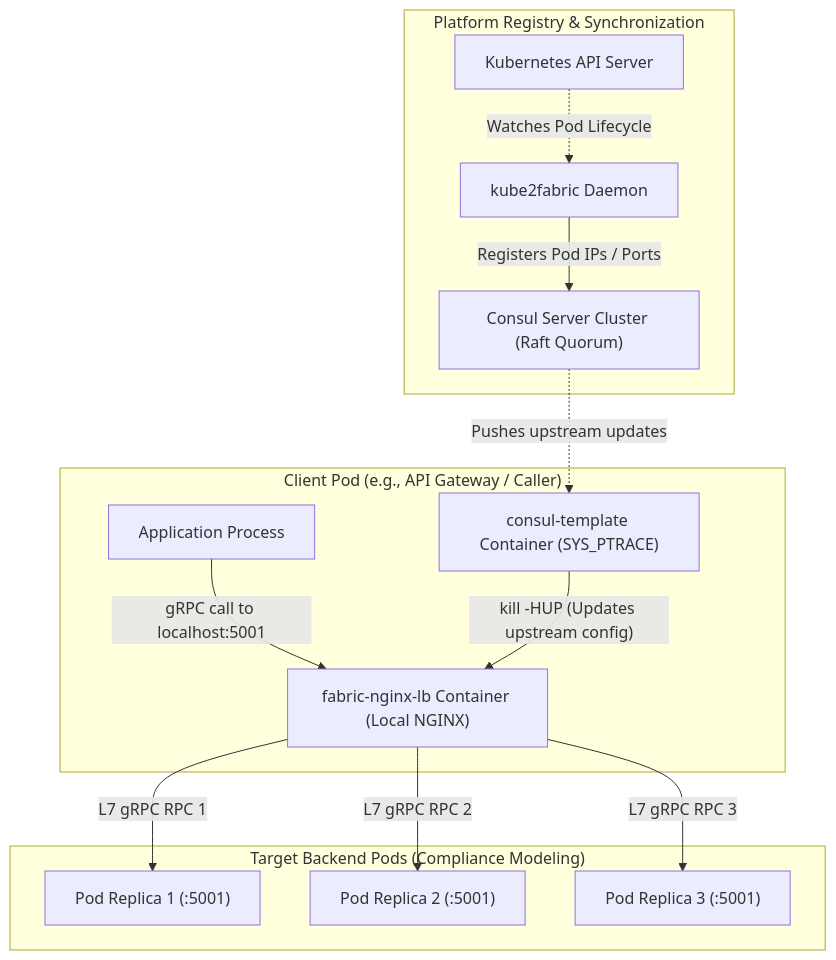
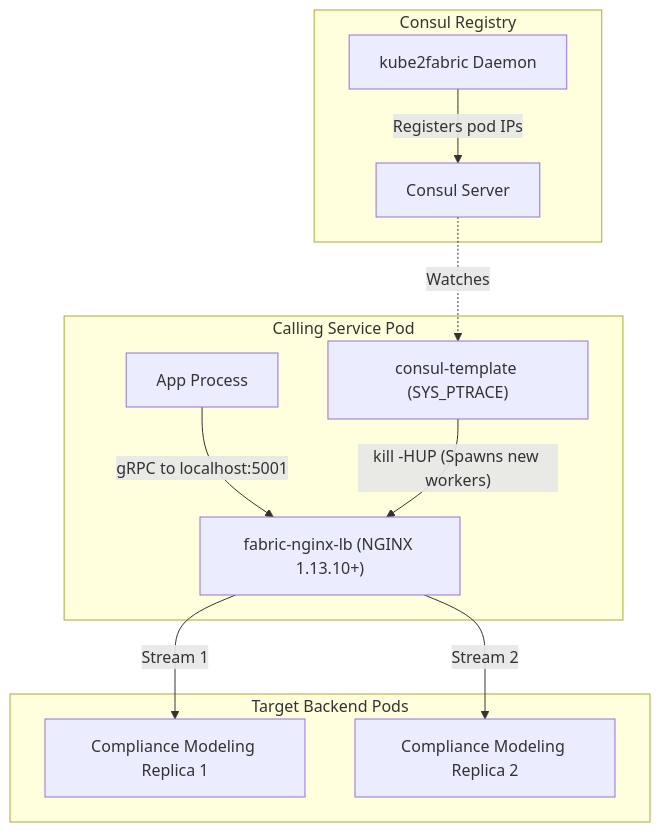
Before and after one commit to kkanapadinjaru/delivery-pulse: the second of 5 diagrams in solvas-stack-architecture.md, drawn with Mermaid. The commit also changed other lines of this file, not shown here.

First line of the commit message:
Revise Solvas Stack Architecture for modernization

````diff
--- a/solvas-stack-architecture.md
+++ b/solvas-stack-architecture.md
@@ -89,31 +136,25 @@
 ```mermaid
 flowchart TD
-    subgraph ClientPod["Client Pod (e.g., API Gateway / Caller)"]
-        App["Application Process"]
-        LocalLB["fabric-nginx-lb Container (Local NGINX)"]
-        LocalCT["consul-template Container (SYS_PTRACE)"]
-        
-        App -->|"gRPC call to localhost:5001"| LocalLB
-        LocalCT -- "kill -HUP (Updates upstream config)" --> LocalLB
+    subgraph CallingPod["Calling Service Pod"]
+        App["App Process"]
+        LocalLB["fabric-nginx-lb (NGINX 1.13.10+)"]
+        CT["consul-template (SYS_PTRACE)"]
+        App -->|"gRPC to localhost:5001"| LocalLB
+        CT -- "kill -HUP (Spawns new workers)" --> LocalLB
     end
 
-    subgraph Discovery["Platform Registry & Synchronization"]
-        Consul["Consul Server Cluster (Raft Quorum)"]
-        Kube2Fab["kube2fabric Daemon"]
-        K8sAPI["Kubernetes API Server"]
-
-        K8sAPI -.->|"Watches Pod Lifecycle"| Kube2Fab
-        Kube2Fab -->|"Registers Pod IPs / Ports"| Consul
-        Consul -.->|"Pushes upstream updates"| LocalCT
+    subgraph Discovery["Consul Registry"]
+        Consul["Consul Server"]
+        Kube2Fabric["kube2fabric Daemon"]
+        Kube2Fabric -->|"Registers pod IPs"| Consul
+        Consul -.->|"Watches"| CT
     end
 
-    subgraph BackendPods["Target Backend Pods (Compliance Modeling)"]
-        Pod1["Pod Replica 1 (:5001)"]
-        Pod2["Pod Replica 2 (:5001)"]
-        Pod3["Pod Replica 3 (:5001)"]
+    subgraph TargetPods["Target Backend Pods"]
+        Pod1["Compliance Modeling Replica 1"]
+        Pod2["Compliance Modeling Replica 2"]
     end
 
-    LocalLB -->|"L7 gRPC RPC 1"| Pod1
-    LocalLB -->|"L7 gRPC RPC 2"| Pod2
-    LocalLB -->|"L7 gRPC RPC 3"| Pod3
+    LocalLB -->|"Stream 1"| Pod1
+    LocalLB -->|"Stream 2"| Pod2
 ```
````
